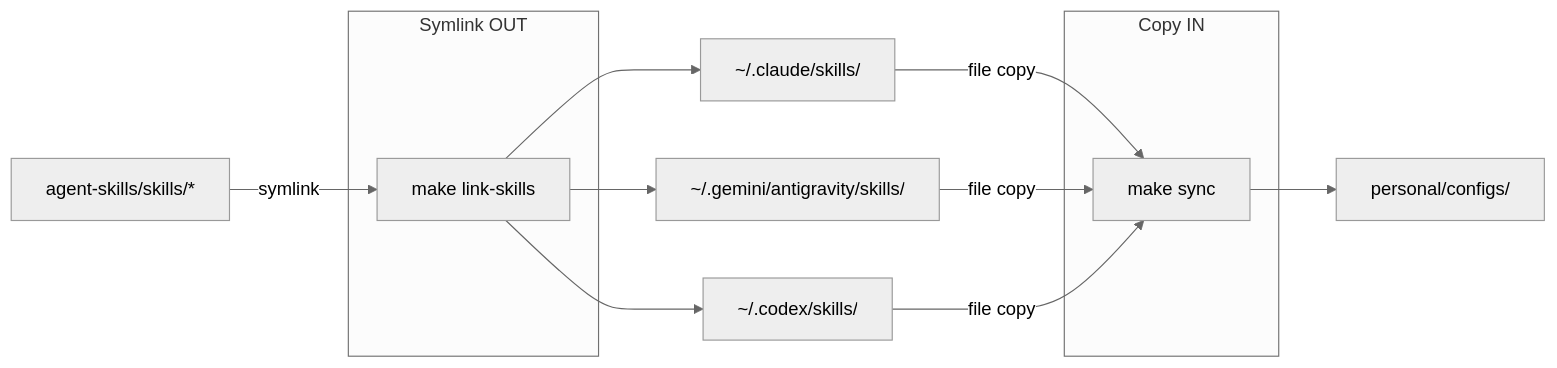
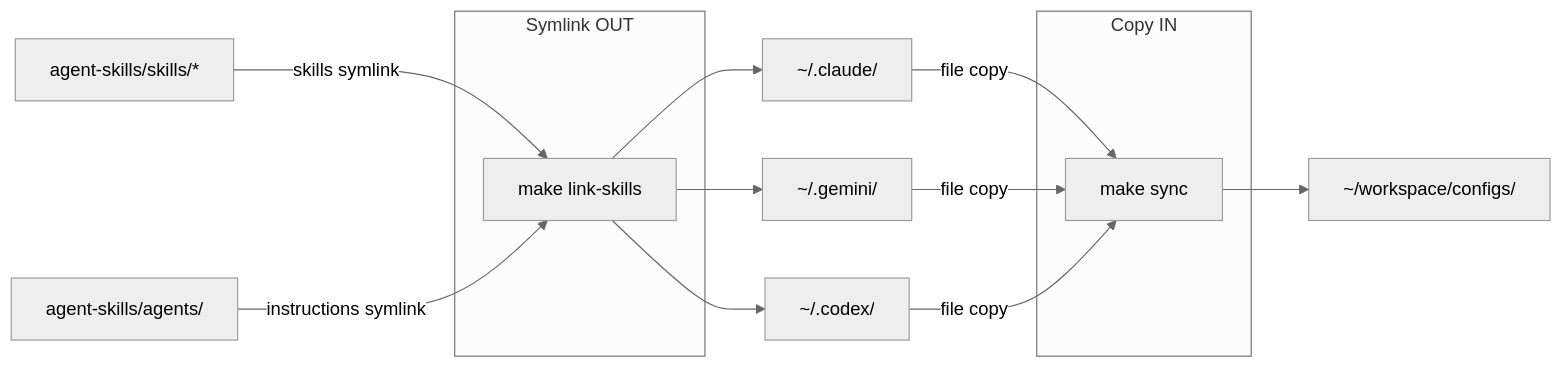
One commit to Olshansk/agent-session-commit changed the second of 3 diagrams in personal/README.md. Above: the diagram before and after it, drawn with Mermaid (neutral theme). The commit also changed other lines of this file and 10 other files, not shown here.

````diff
--- a/personal/README.md
+++ b/personal/README.md
@@ -69,26 +68,28 @@
 ```mermaid
 graph LR
-    repo["agent-skills/skills/*"]
+    skills["agent-skills/skills/*"]
+    agents["agent-skills/agents/"]
 
     subgraph outbound["Symlink OUT"]
         link["make link-skills"]
     end
 
     subgraph inbound["Copy IN"]
         sync["make sync"]
     end
 
-    claude_dir["~/.claude/skills/"]
-    gemini_dir["~/.gemini/antigravity/skills/"]
-    codex_dir["~/.codex/skills/"]
-    snapshots["personal/configs/"]
+    claude_dir["~/.claude/"]
+    gemini_dir["~/.gemini/"]
+    codex_dir["~/.codex/"]
+    snapshots["~/workspace/configs/"]
 
-    repo -->|"symlink"| link
+    skills -->|"skills symlink"| link
+    agents -->|"instructions symlink"| link
     link --> claude_dir
     link --> gemini_dir
     link --> codex_dir
 
     claude_dir -->|"file copy"| sync --> snapshots
     gemini_dir -->|"file copy"| sync
     codex_dir -->|"file copy"| sync
 ```
````
